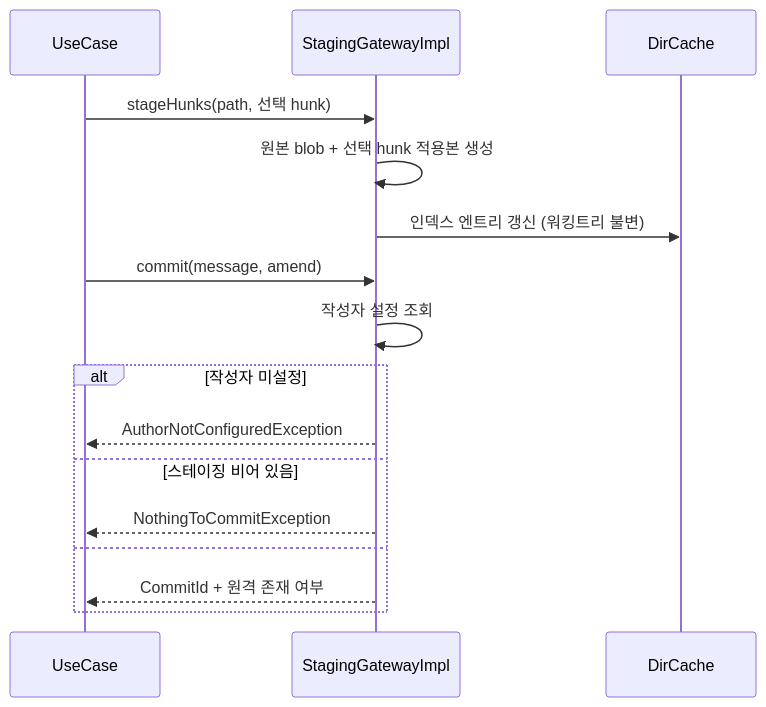
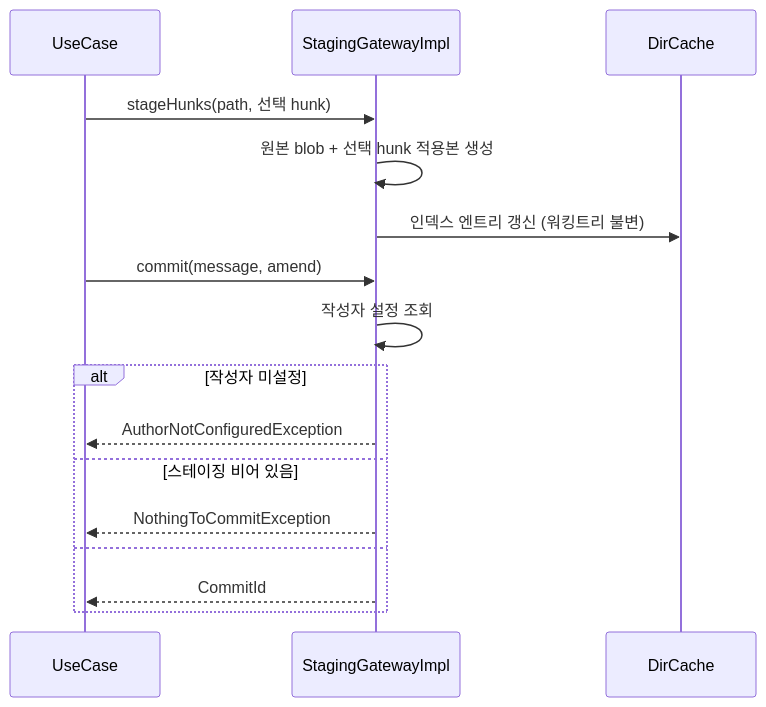
Before and after one commit to biuea3866/gitkraken-clone-app: the first of 2 diagrams in tickets/UND-06-staging-commit.md, drawn with Mermaid. The commit also changed other lines of this file and 13 other files, not shown here.

````diff
--- a/tickets/UND-06-staging-commit.md
+++ b/tickets/UND-06-staging-commit.md
@@ -27,18 +29,18 @@
 ```mermaid
 sequenceDiagram
     participant UC as UseCase
     participant GW as StagingGatewayImpl
     participant Idx as DirCache
     UC->>GW: stageHunks(path, 선택 hunk)
     GW->>GW: 원본 blob + 선택 hunk 적용본 생성
     GW->>Idx: 인덱스 엔트리 갱신 (워킹트리 불변)
     UC->>GW: commit(message, amend)
     GW->>GW: 작성자 설정 조회
     alt 작성자 미설정
         GW-->>UC: AuthorNotConfiguredException
     else 스테이징 비어 있음
         GW-->>UC: NothingToCommitException
     else
-        GW-->>UC: CommitId + 원격 존재 여부
+        GW-->>UC: CommitId
     end
 ```
````
